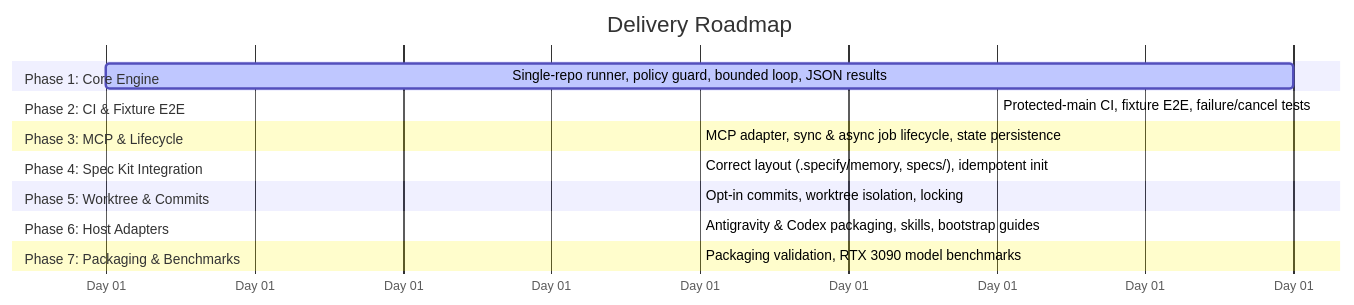
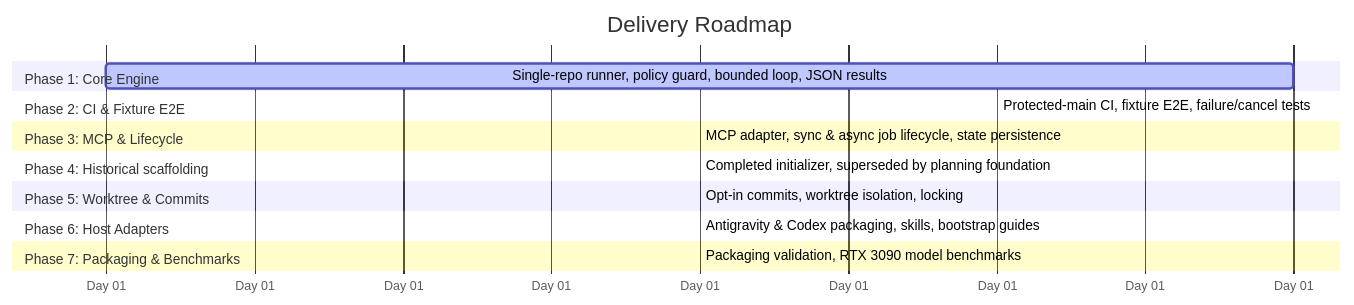
One commit to rainier-brioso/hybrid_sdlc changed the second of 2 diagrams in docs/implementation_plan.md. Above: the diagram before and after it, drawn with Mermaid. The commit also changed other lines of this file and 43 other files, not shown here.

````diff
--- a/docs/implementation_plan.md
+++ b/docs/implementation_plan.md
@@ -325,20 +331,20 @@
 ```mermaid
 gantt
     title Delivery Roadmap
     dateFormat  X
     axisFormat  Day %d
     section Phase 1: Core Engine
     Single-repo runner, policy guard, bounded loop, JSON results    :active, p1, 0, 4
     section Phase 2: CI & Fixture E2E
     Protected-main CI, fixture E2E, failure/cancel tests            :p2, after p1, 3
     section Phase 3: MCP & Lifecycle
     MCP adapter, sync & async job lifecycle, state persistence       :p3, after p2, 2
-    section Phase 4: Spec Kit Integration
-    Correct layout (.specify/memory, specs/), idempotent init       :p4, after p3, 2
+    section Phase 4: Historical scaffolding
+    Completed initializer, superseded by planning foundation       :p4, after p3, 2
     section Phase 5: Worktree & Commits
     Opt-in commits, worktree isolation, locking                      :p5, after p4, 2
     section Phase 6: Host Adapters
     Antigravity & Codex packaging, skills, bootstrap guides         :p6, after p5, 2
     section Phase 7: Packaging & Benchmarks
     Packaging validation, RTX 3090 model benchmarks                :p7, after p6, 2
 ```
````
